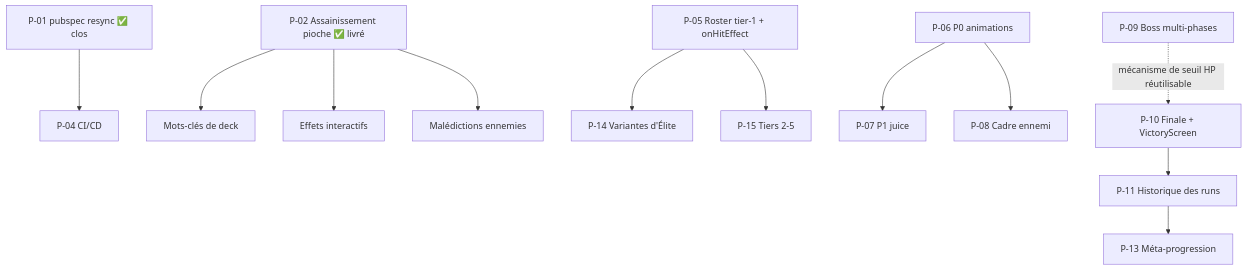
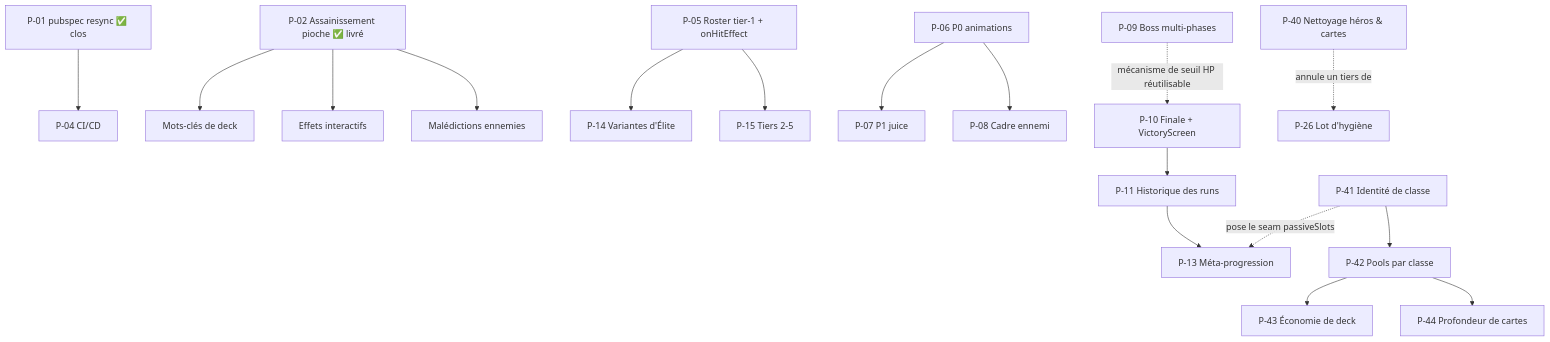
Before and after one commit to Hex-Umbra/hero-s-draft: the second of 3 diagrams in docs/ROADMAP.md, drawn with Mermaid. The commit also changed other lines of this file and 3 other files, not shown here.

````diff
--- a/docs/ROADMAP.md
+++ b/docs/ROADMAP.md
@@ -48,14 +55,19 @@
 ```mermaid
 graph TD
     P01["P-01 pubspec resync ✅ clos"] --> P04[P-04 CI/CD]
     P02["P-02 Assainissement pioche ✅ livré"] --> B18[Mots-clés de deck]
     P02 --> B19[Effets interactifs]
     P02 --> B20[Malédictions ennemies]
     P05[P-05 Roster tier-1 + onHitEffect] --> P14[P-14 Variantes d'Élite]
     P05 --> P15[P-15 Tiers 2-5]
     P06[P-06 P0 animations] --> P07[P-07 P1 juice]
     P06 --> P08[P-08 Cadre ennemi]
     P10[P-10 Finale + VictoryScreen] --> P11[P-11 Historique des runs]
     P11 --> P13[P-13 Méta-progression]
     P09[P-09 Boss multi-phases] -.mécanisme de seuil HP réutilisable.-> P10
+    P40[P-40 Nettoyage héros & cartes] -.annule un tiers de.-> P26[P-26 Lot d'hygiène]
+    P41[P-41 Identité de classe] --> P42[P-42 Pools par classe]
+    P42 --> P43[P-43 Économie de deck]
+    P42 --> P44[P-44 Profondeur de cartes]
+    P41 -.pose le seam passiveSlots.-> P13
 ```
````
